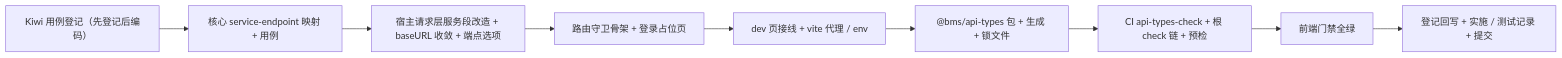
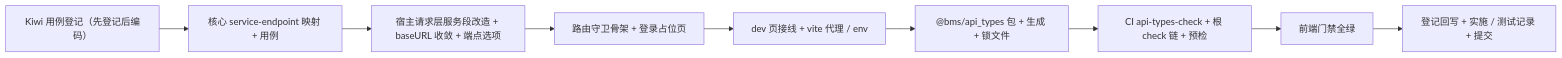
The diagram in bms文档/项目/02_后端基座与服务化地基/任务/04_API网关与边缘/04_API网关与边缘_01_网关接入与声明式配置/04_API网关与边缘_01_网关接入与声明式配置_01_前端网关接入改造/设计/01_详细设计_01_前端网关接入改造.md (minjian123/basic-management-system), drawn with Mermaid before and after one commit. The commit also changed other lines of this file and 919 other files, not shown here.

````diff
--- a/bms文档/项目/02_后端基座与服务化地基/任务/04_API网关与边缘/04_API网关与边缘_01_网关接入与声明式配置/04_API网关与边缘_01_网关接入与声明式配置_01_前端网关接入改造/设计/01_详细设计_01_前端网关接入改造.md
+++ b/bms文档/项目/02_后端基座与服务化地基/任务/04_API网关与边缘/04_API网关与边缘_01_网关接入与声明式配置/04_API网关与边缘_01_网关接入与声明式配置_01_前端网关接入改造/设计/01_详细设计_01_前端网关接入改造.md
@@ -243,11 +243,11 @@
 ```mermaid
 flowchart LR
     A["Kiwi 用例登记（先登记后编码）"] --> B["核心 service-endpoint 映射 + 用例"]
     B --> C["宿主请求层服务段改造 + baseURL 收敛 + 端点选项"]
     C --> D["路由守卫骨架 + 登录占位页"]
     D --> E["dev 页接线 + vite 代理 / env"]
-    E --> F["@bms/api-types 包 + 生成 + 锁文件"]
+    E --> F["@bms/api_types 包 + 生成 + 锁文件"]
     F --> G["CI api-types-check + 根 check 链 + 预检"]
     G --> H["前端门禁全绿"]
     H --> I["登记回写 + 实施 / 测试记录 + 提交"]
 ```
````
